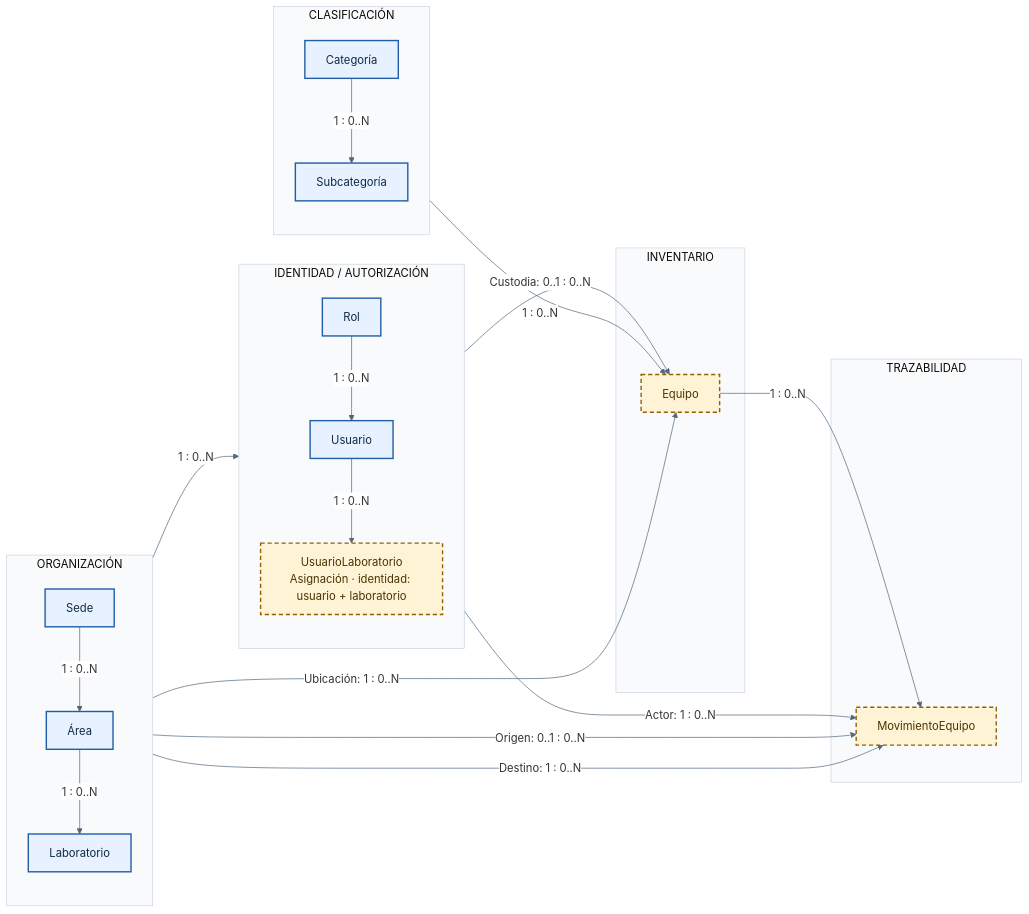
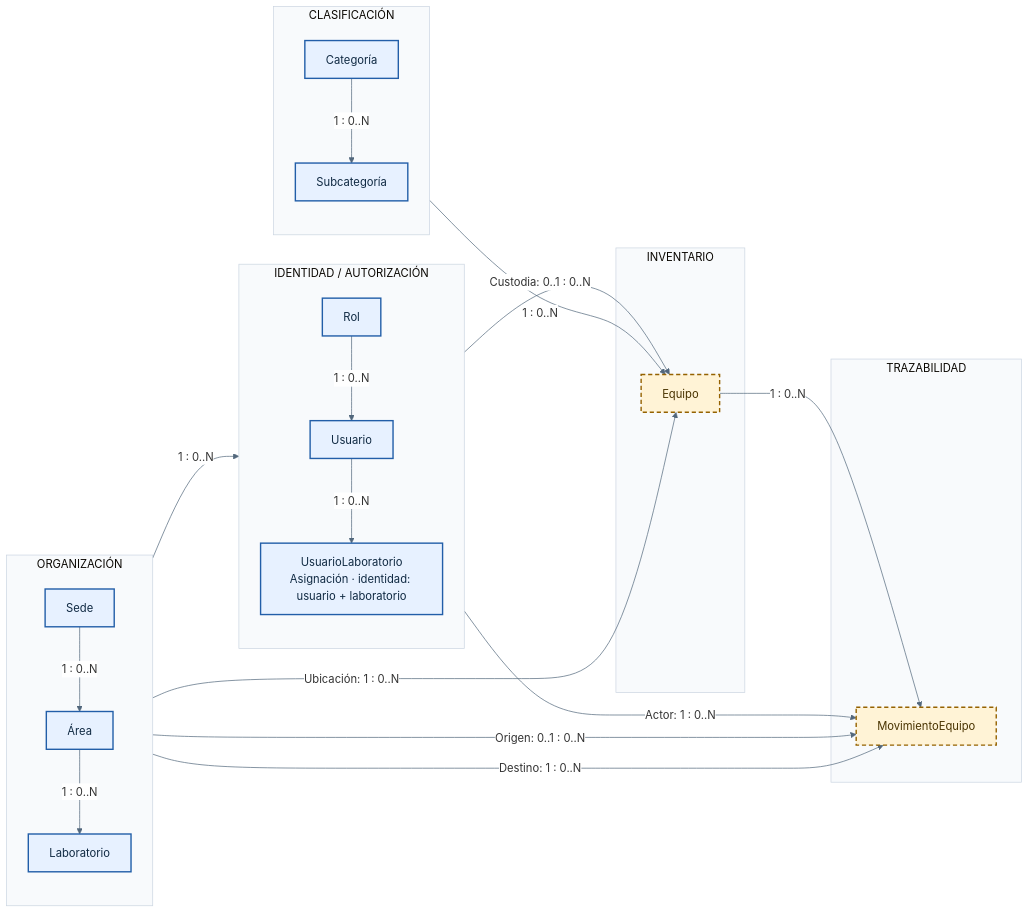
Before and after one commit to markopuch/inventario-laboratorios: the diagram in docs/Erd_actual/erd-logico-v2.md, drawn with Mermaid. The commit also changed other lines of this file and 35 other files, not shown here.

````diff
--- a/docs/Erd_actual/erd-logico-v2.md
+++ b/docs/Erd_actual/erd-logico-v2.md
@@ -23,50 +23,50 @@
 ```mermaid
 %%{init: {"theme":"base","fontFamily":"Arial, sans-serif","themeVariables":{"fontFamily":"Arial, sans-serif","fontSize":"16px","lineColor":"#52677C","clusterBkg":"#F8FAFC","clusterBorder":"#CBD5E1","edgeLabelBackground":"#FFFFFF"},"themeCSS":".nodeLabel,.edgeLabel{font-family:Arial,sans-serif!important;}","flowchart":{"useMaxWidth":false,"htmlLabels":true,"curve":"basis","nodeSpacing":42,"rankSpacing":72}}}%%
 flowchart LR
     subgraph ORG["ORGANIZACIÓN"]
         direction TB
         Sede["Sede"]
         Area["Área"]
         Laboratorio["Laboratorio"]
         Sede -->|"1 : 0..N"| Area
         Area -->|"1 : 0..N"| Laboratorio
     end
 
     subgraph CLA["CLASIFICACIÓN"]
         direction TB
         Categoria["Categoría"]
         Subcategoria["Subcategoría"]
         Categoria -->|"1 : 0..N"| Subcategoria
     end
 
     subgraph IDA["IDENTIDAD / AUTORIZACIÓN"]
         direction TB
         Rol["Rol"]
         Usuario["Usuario"]
         UsuarioLaboratorio["UsuarioLaboratorio<br/>Asignación · identidad: usuario + laboratorio"]
         Rol -->|"1 : 0..N"| Usuario
         Usuario -->|"1 : 0..N"| UsuarioLaboratorio
     end
 
     subgraph INV["INVENTARIO"]
         Equipo["Equipo"]
     end
 
     subgraph TRA["TRAZABILIDAD"]
         MovimientoEquipo["MovimientoEquipo"]
     end
 
     Laboratorio -->|"1 : 0..N"| UsuarioLaboratorio
     Subcategoria -->|"1 : 0..N"| Equipo
     Laboratorio -->|"Ubicación: 1 : 0..N"| Equipo
     Usuario -->|"Custodia: 0..1 : 0..N"| Equipo
     Equipo -->|"1 : 0..N"| MovimientoEquipo
     Usuario -->|"Actor: 1 : 0..N"| MovimientoEquipo
     Laboratorio -->|"Origen: 0..1 : 0..N"| MovimientoEquipo
     Laboratorio -->|"Destino: 1 : 0..N"| MovimientoEquipo
 
     classDef implementado fill:#E7F1FF,stroke:#225EA8,stroke-width:2px,color:#102A43;
     classDef futuro fill:#FFF3D6,stroke:#956200,stroke-width:2px,stroke-dasharray:6 4,color:#493300;
-    class Sede,Area,Laboratorio,Categoria,Subcategoria,Rol,Usuario implementado;
-    class UsuarioLaboratorio,Equipo,MovimientoEquipo futuro;
+    class Sede,Area,Laboratorio,Categoria,Subcategoria,Rol,Usuario,UsuarioLaboratorio implementado;
+    class Equipo,MovimientoEquipo futuro;
 ```
````
